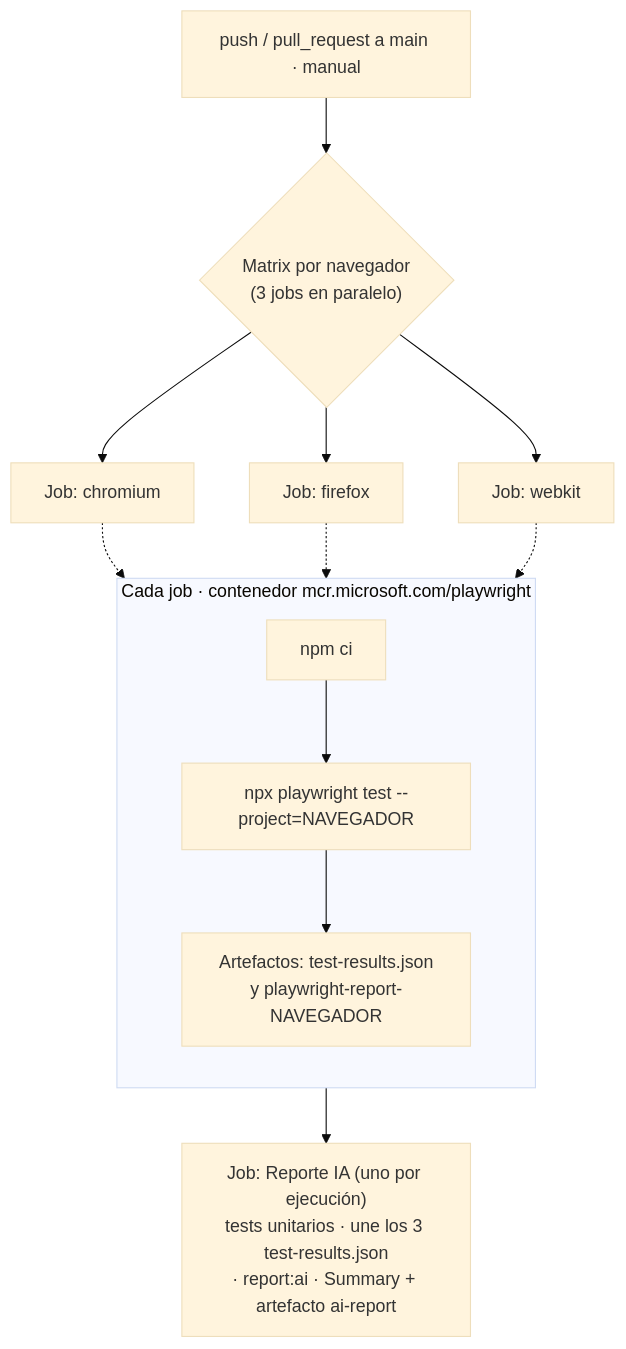
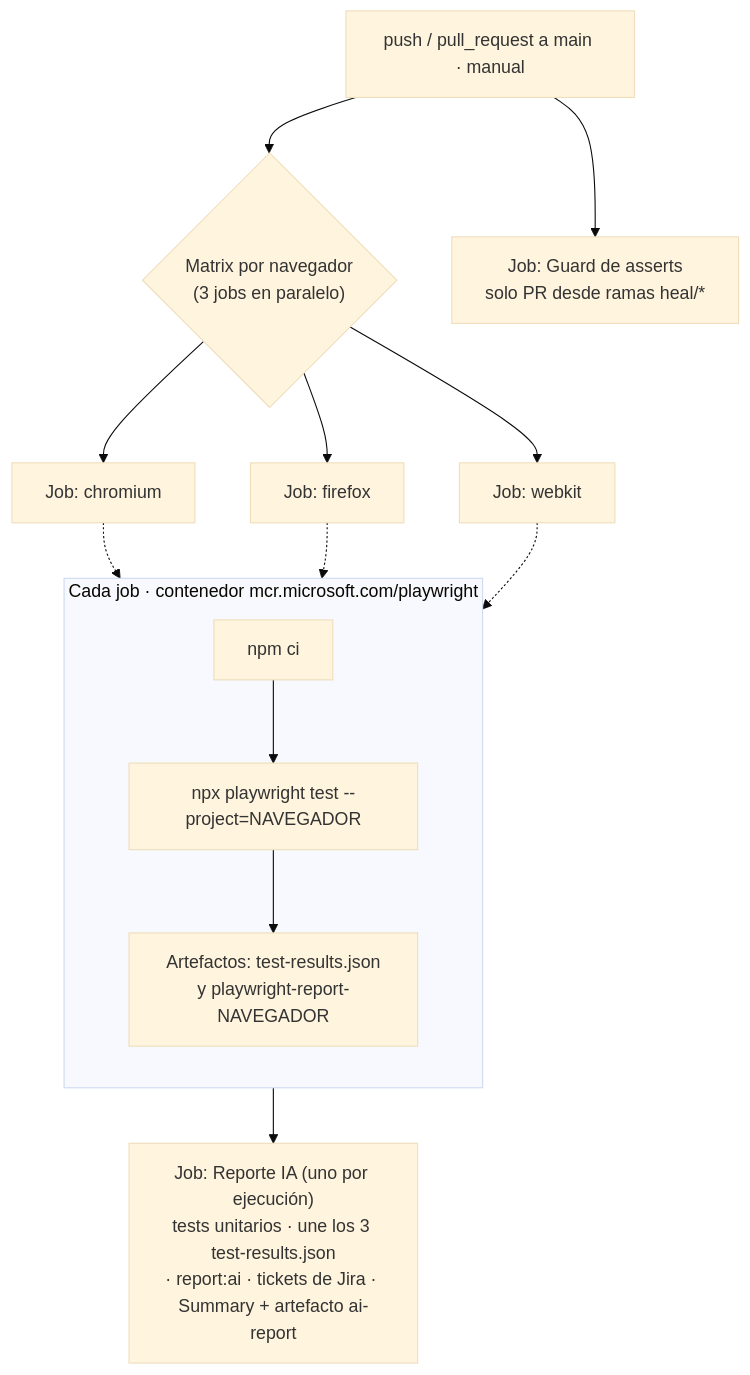
The second of 2 diagrams in README.md (StoneFly365/playwright-demo-ia-mcp), drawn with Mermaid (base theme) before and after one commit. The commit also changed other lines of this file and 13 other files, not shown here.

First line of the commit message:
feat: cerrar el circuito con healer, tickets de Jira y revisión de Playwright

````diff
--- a/README.md
+++ b/README.md
@@ -250,20 +261,21 @@
 ```mermaid
 flowchart TD
     T["push / pull_request a main · manual"] --> M{"Matrix por navegador<br/>(3 jobs en paralelo)"}
 
     M --> C["Job: chromium"]
     M --> F["Job: firefox"]
     M --> W["Job: webkit"]
 
     subgraph JOB ["Cada job · contenedor mcr.microsoft.com/playwright"]
         direction TB
         S1["npm ci"] --> S2["npx playwright test --project=NAVEGADOR"]
         S2 --> S3["Artefactos: test-results.json<br/>y playwright-report-NAVEGADOR"]
     end
 
     C -.-> JOB
     F -.-> JOB
     W -.-> JOB
 
-    JOB --> R["Job: Reporte IA (uno por ejecución)<br/>tests unitarios · une los 3 test-results.json<br/>· report:ai · Summary + artefacto ai-report"]
+    JOB --> R["Job: Reporte IA (uno por ejecución)<br/>tests unitarios · une los 3 test-results.json<br/>· report:ai · tickets de Jira · Summary + artefacto ai-report"]
+    T --> GU["Job: Guard de asserts<br/>solo PR desde ramas heal/*"]
 ```
````
